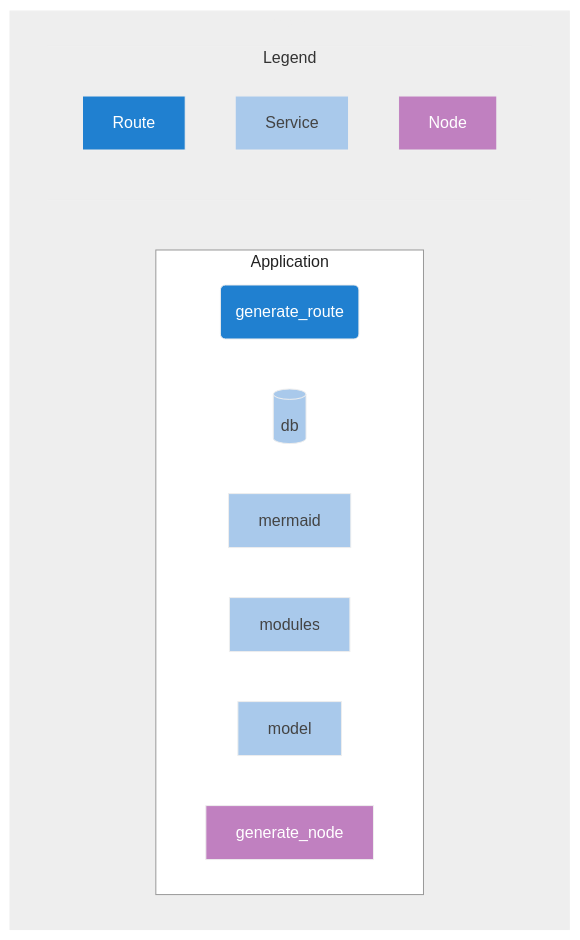
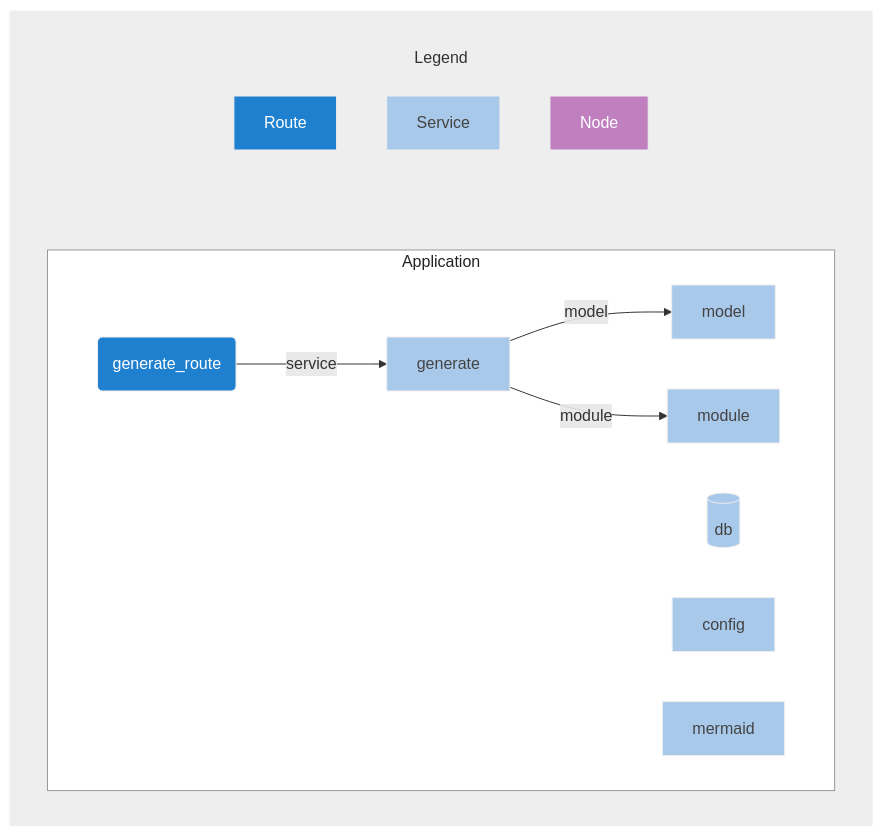
One commit to franck-yvetot/nxn-cli changed the diagram in client_data/default/config_default.README.mmd. Above: the diagram before and after it, drawn with Mermaid. The commit also changed 3 other files, not shown here.

```diff
--- a/client_data/default/config_default.README.mmd
+++ b/client_data/default/config_default.README.mmd
@@ -1,31 +1,35 @@
 graph LR;
 subgraph main
     direction LR;
 
     subgraph Application
         direction LR;
         classDef nodeCls fill:#C080C0,stroke:#eee,color:#fff
         classDef routeCls fill:#2080D0,stroke:#eee,color:#fff
         classDef nodCls fill:#C080C0,stroke:#eee,color:#fff
         classDef serviceCls fill:#A9C9EB,stroke:#eee,color:#444
     generate_route("generate_route"):::routeCls
+    generate_route -- service -->generate;
     db[("db")]:::serviceCls
+    config["config"]:::serviceCls
     mermaid["mermaid"]:::serviceCls
-    modules["modules"]:::serviceCls
     model["model"]:::serviceCls
-    generate_node["generate_node"]:::nodeCls
+    generate["generate"]:::serviceCls
+    generate -- model -->model;
+    generate -- module -->module;
+    module["module"]:::serviceCls
 end
 
     subgraph Legend
         Route:::routeCls
         Service:::serviceCls
         Node:::nodCls
     end
 
 end
 
 
 
 style Application fill:#fff,stroke:#999,color:#222
 style Legend fill:#eee,stroke:#eee,color:#333
 style main fill:#eee,stroke:#eee,color:#eee
```
